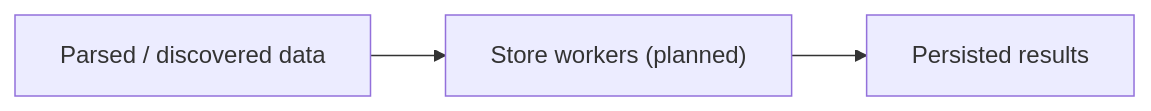
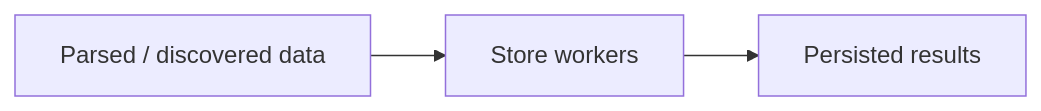
One commit to bijay-develops/Concurrent-Web-Crawler-with-Pluggable-Pipelines changed the diagram in docs/internal/pipeline/store.go.md. Above: the diagram before and after it, drawn with Mermaid. The commit also changed other lines of this file and 17 other files, not shown here.

````diff
--- a/docs/internal/pipeline/store.go.md
+++ b/docs/internal/pipeline/store.go.md
@@ -34,5 +31,5 @@
 ```mermaid
 flowchart LR
-  A["Parsed / discovered data"] --> B["Store workers (planned)"]
+  A["Parsed / discovered data"] --> B["Store workers"]
   B --> C["Persisted results"]
 ```
````
